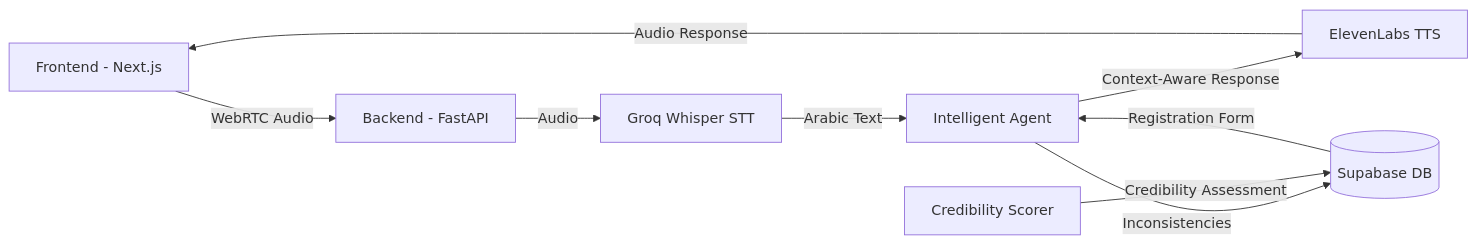
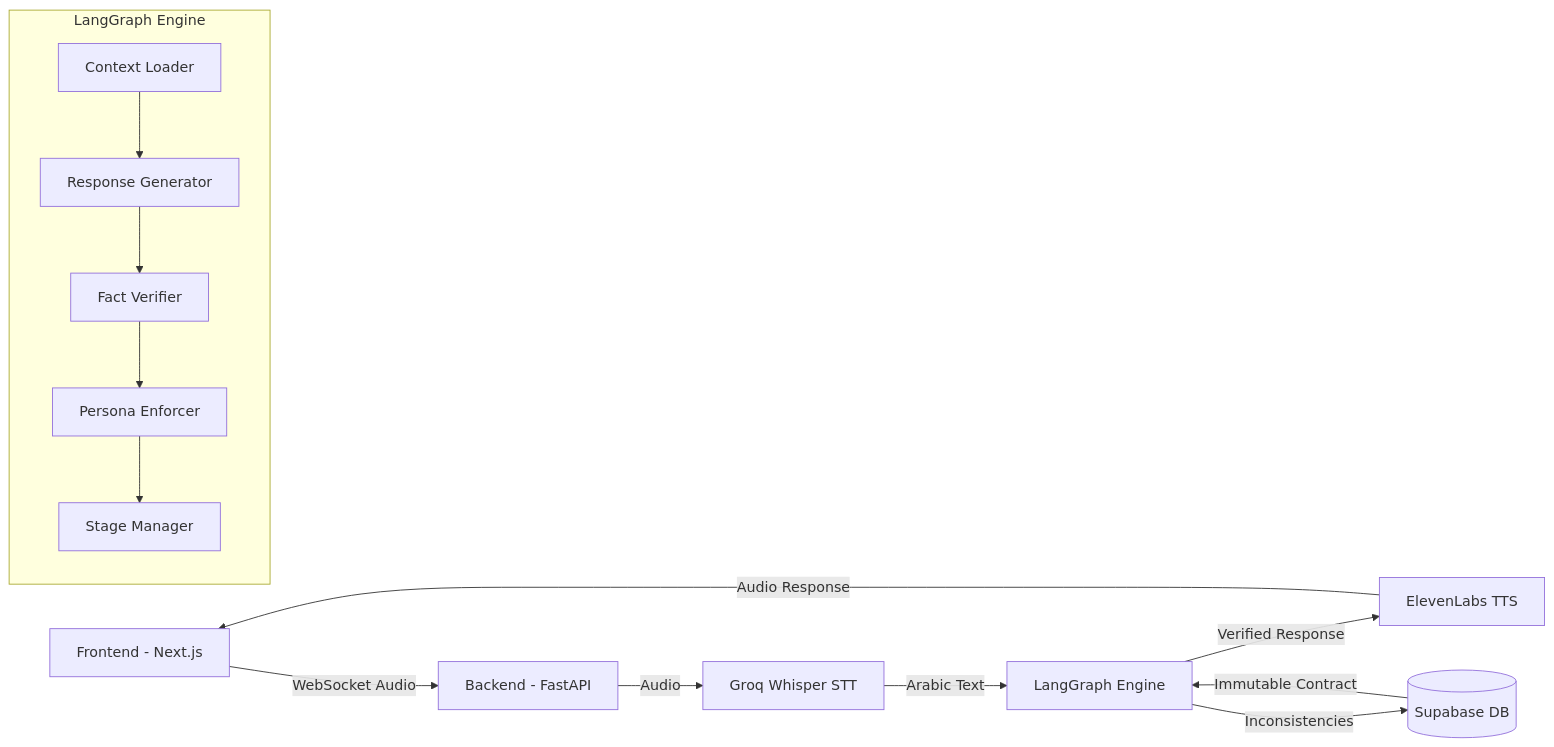
One commit to Saif-Alqdessi/Sarah-HR changed the diagram in README.md. Above: the diagram before and after it, drawn with Mermaid. The commit also changed other lines of this file and 17 other files, not shown here.

Commit message:
Refactor to custom agentic architecture with LangGraph

````diff
--- a/README.md
+++ b/README.md
@@ -28,11 +30,17 @@
 ```mermaid
 flowchart LR
-    A[Frontend - Next.js] -->|WebRTC Audio| B[Backend - FastAPI]
+    A[Frontend - Next.js] -->|WebSocket Audio| B[Backend - FastAPI]
     B -->|Audio| C[Groq Whisper STT]
-    C -->|Arabic Text| D[Intelligent Agent]
-    D -->|Context-Aware Response| E[ElevenLabs TTS]
-    F[(Supabase DB)] -->|Registration Form| D
+    C -->|Arabic Text| D[LangGraph Engine]
+    D -->|Verified Response| E[ElevenLabs TTS]
+    F[(Supabase DB)] -->|Immutable Contract| D
     D -->|Inconsistencies| F
     E -->|Audio Response| A
-    G[Credibility Scorer] -->|Credibility Assessment| F
+    
+    subgraph "LangGraph Engine"
+      L1[Context Loader] --> L2[Response Generator]
+      L2 --> L3[Fact Verifier]
+      L3 --> L4[Persona Enforcer]
+      L4 --> L5[Stage Manager]
+    end
 ```
````
